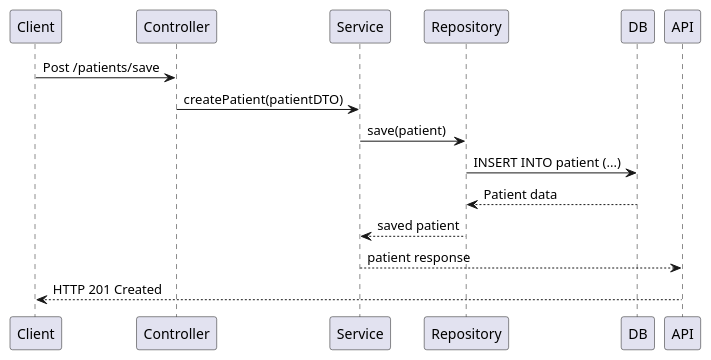
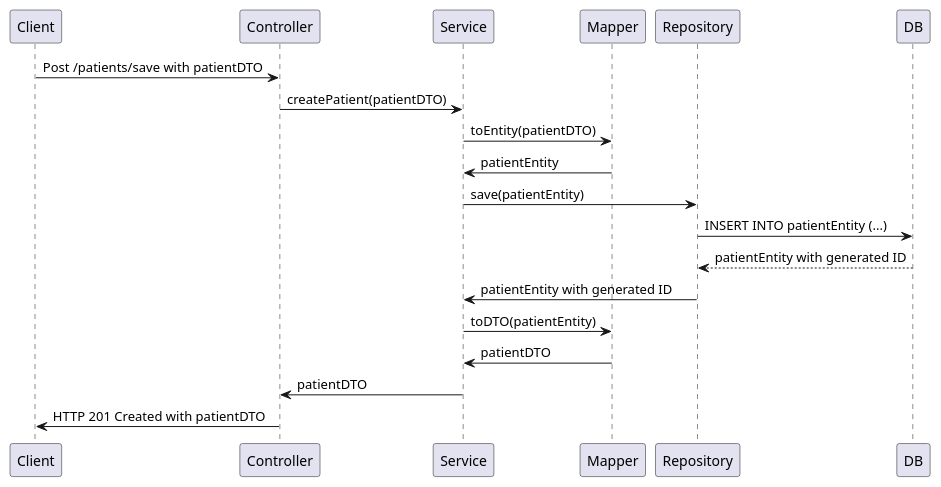
Before and after one commit to Caiza/clinical-alerts: the diagram in Diagram.md, drawn with PlantUML. The commit also changed 22 other files, not shown here.

```diff
--- a/Diagram.md
+++ b/Diagram.md
@@ -1,12 +1,17 @@
-@startuml actor Client participant "Rest API" as Controller participant "Service Layer" as Service participant "JPA Repository" as Repository database "PostgreSQL Database" as DB
+@startuml actor Client participant "Rest API" as Controller participant "Service Layer" as Service participant "JPA Repository" as Repository database "PostgreSQL Database" as DB participant "Patient DTO" as patientDTO participant "Patient Entity" as patientEntity participant "Mapper" as Mapper
 
-Client -> Controller : Post /patients/save
+Client -> Controller : Post /patients/save with patientDTO
 Controller -> Service : createPatient(patientDTO)
-Service -> Repository : save(patient)
-Repository -> DB : INSERT INTO patient (...)
-DB --> Repository : Patient data
-Repository --> Service : saved patient
-Service --> API : patient response
-API --> Client : HTTP 201 Created
+Service -> Mapper : toEntity(patientDTO)
+Mapper -> Service : patientEntity
+Service -> Repository : save(patientEntity)
+Repository -> DB : INSERT INTO patientEntity (...)
+DB --> Repository : patientEntity with generated ID
+Repository -> Service : patientEntity with generated ID
+Service -> Mapper : toDTO(patientEntity)
+Mapper -> Service : patientDTO
+Service -> Controller : patientDTO
+Controller -> Client : HTTP 201 Created with patientDTO
+
 
 @enduml
```
